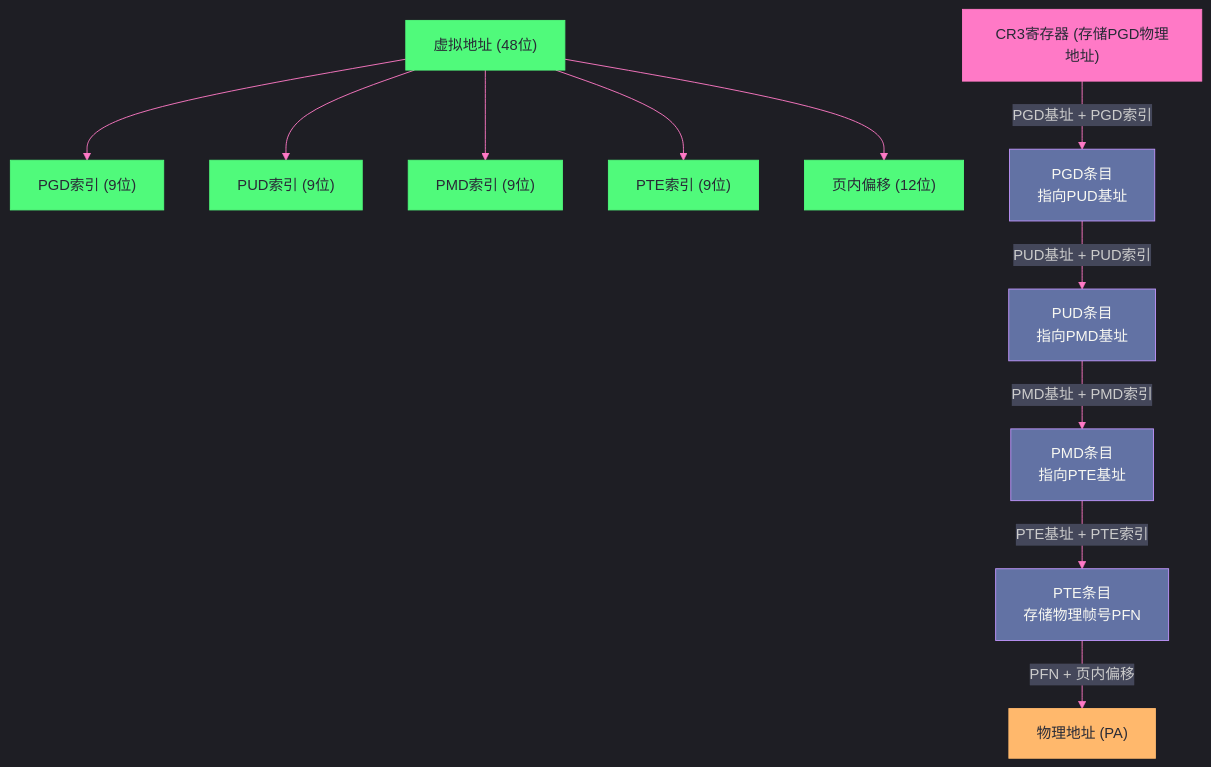
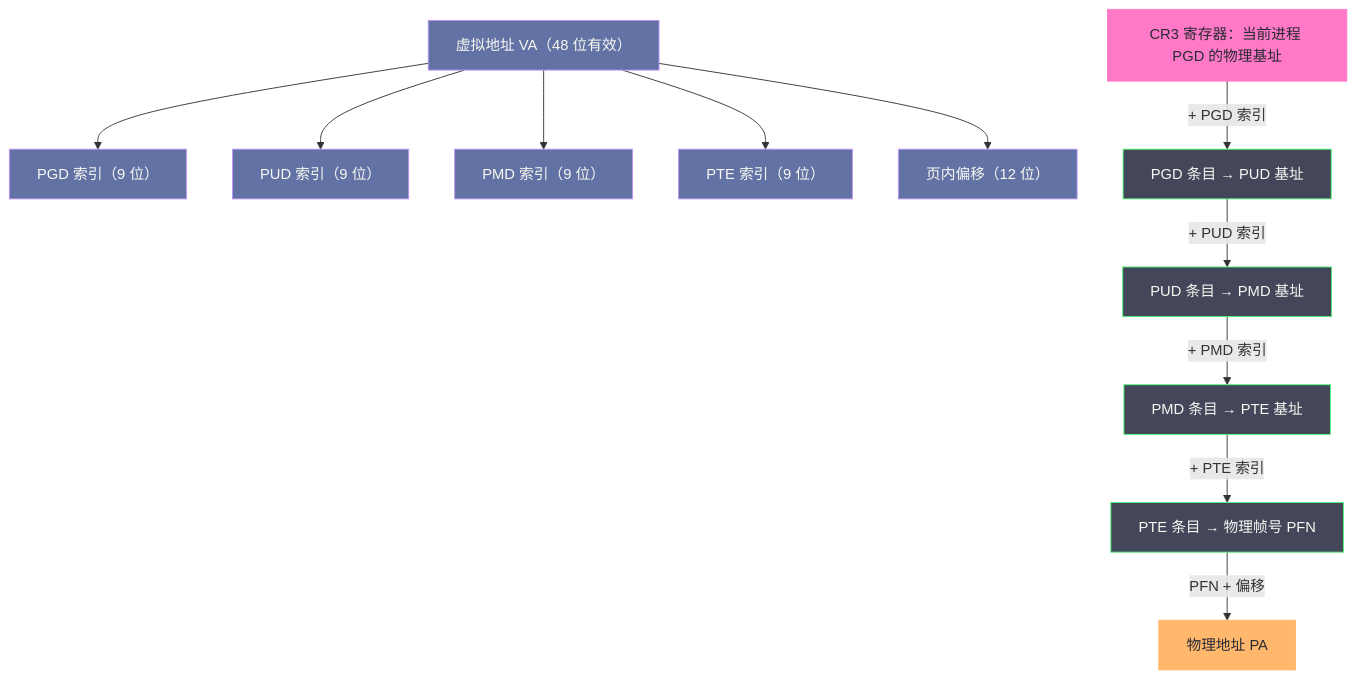
Before and after one commit to hpliStartAgain/my-brain: the first of 3 diagrams in content/Linux/内存管理/01 虚拟内存：为什么每个进程都以为自己独占内存.md, drawn with Mermaid. The commit also changed other lines of this file and 47 other files, not shown here.

````diff
--- a/content/Linux/内存管理/01 虚拟内存：为什么每个进程都以为自己独占内存.md
+++ b/content/Linux/内存管理/01 虚拟内存：为什么每个进程都以为自己独占内存.md
@@ -148,25 +117,24 @@
 ```mermaid
-%%{init: {'theme': 'dark', 'themeVariables': {'primaryColor': '#6272a4', 'primaryTextColor': '#f8f8f2', 'primaryBorderColor': '#bd93f9', 'lineColor': '#ff79c6', 'background': '#282a36', 'mainBkg': '#44475a', 'nodeBorder': '#bd93f9', 'clusterBkg': '#282a36', 'titleColor': '#f8f8f2', 'edgeLabelBackground': '#44475a'}}}%%
-graph TD
-    VA["虚拟地址 (48位)"] --> PGD_IDX["PGD索引 (9位)"]
-    VA --> PUD_IDX["PUD索引 (9位)"]
-    VA --> PMD_IDX["PMD索引 (9位)"]
-    VA --> PTE_IDX["PTE索引 (9位)"]
-    VA --> OFFSET["页内偏移 (12位)"]
+%%{init: {'theme': 'dracula'}}%%
+flowchart TD
+    VA["虚拟地址 VA（48 位有效）"] --> S1["PGD 索引（9 位）"]
+    VA --> S2["PUD 索引（9 位）"]
+    VA --> S3["PMD 索引（9 位）"]
+    VA --> S4["PTE 索引（9 位）"]
+    VA --> S5["页内偏移（12 位）"]
 
-    CR3["CR3寄存器 (存储PGD物理地址)"] -->|"PGD基址 + PGD索引"| PGD["PGD条目</br>指向PUD基址"]
-    PGD -->|"PUD基址 + PUD索引"| PUD["PUD条目</br>指向PMD基址"]
-    PUD -->|"PMD基址 + PMD索引"| PMD["PMD条目</br>指向PTE基址"]
-    PMD -->|"PTE基址 + PTE索引"| PTE["PTE条目</br>存储物理帧号PFN"]
-    PTE -->|"PFN + 页内偏移"| PA["物理地址 (PA)"]
+    CR3["CR3 寄存器：当前进程 PGD 的物理基址"] -->|"+ PGD 索引"| L1["PGD 条目 → PUD 基址"]
+    L1 -->|"+ PUD 索引"| L2["PUD 条目 → PMD 基址"]
+    L2 -->|"+ PMD 索引"| L3["PMD 条目 → PTE 基址"]
+    L3 -->|"+ PTE 索引"| L4["PTE 条目 → 物理帧号 PFN"]
+    L4 -->|"PFN + 偏移"| PA["物理地址 PA"]
 
     classDef reg fill:#ff79c6,stroke:#ff79c6,color:#282a36
-    classDef addr fill:#50fa7b,stroke:#50fa7b,color:#282a36
-    classDef table fill:#6272a4,stroke:#bd93f9,color:#f8f8f2
-    classDef result fill:#ffb86c,stroke:#ffb86c,color:#282a36
-
+    classDef seg fill:#6272a4,stroke:#bd93f9,color:#f8f8f2
+    classDef tbl fill:#44475a,stroke:#50fa7b,color:#f8f8f2
+    classDef out fill:#ffb86c,stroke:#ffb86c,color:#282a36
     class CR3 reg
-    class VA,PGD_IDX,PUD_IDX,PMD_IDX,PTE_IDX,OFFSET addr
-    class PGD,PUD,PMD,PTE table
-    class PA result
+    class VA,S1,S2,S3,S4,S5 seg
+    class L1,L2,L3,L4 tbl
+    class PA out
 ```
````
